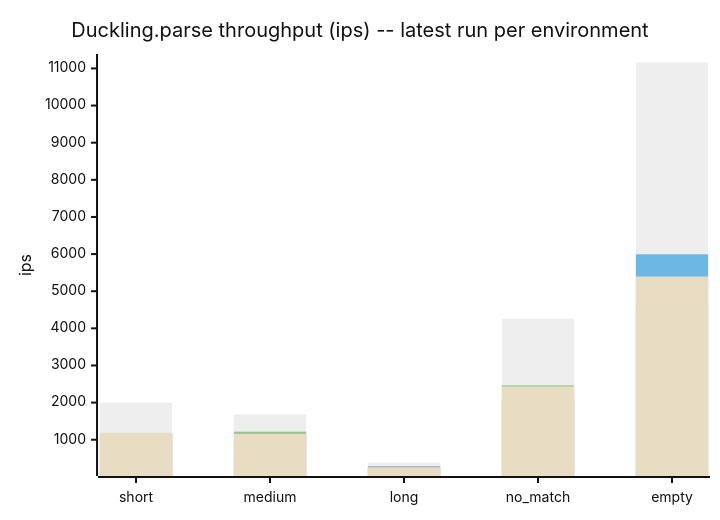
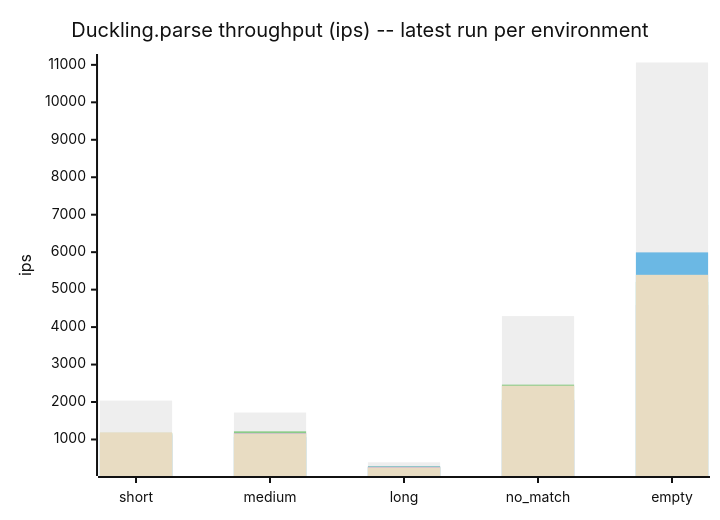
The sixth of 7 diagrams in docs/benchmarks/README.md (cpb/duckling), drawn with Mermaid (neutral theme) before and after one commit. The commit also changed other lines of this file and 1 other file, not shown here.

Commit message:
Record github-actions benchmark results for 0.4.6 (#150)

````diff
--- a/docs/benchmarks/README.md
+++ b/docs/benchmarks/README.md
@@ -211,11 +211,11 @@
 ```mermaid
 xychart-beta
     title "Duckling.parse throughput (ips) -- latest run per environment"
     x-axis [short, medium, long, no_match, empty]
     y-axis "ips"
-    bar "github-actions" [1999.4, 1679.5, 382.0, 4251.9, 11159.4]
+    bar "github-actions" [2037.9, 1718.9, 390.6, 4293.6, 11063.1]
     bar "claude-code-web" [1154.4, 1064.6, 284.8, 2058.0, 5994.3]
     bar "local-3.3" [1175.1, 1217.2, 273.9, 2464.0, 5206.5]
     bar "local-3.4" [1116.0, 1168.6, 267.9, 2056.4, 4592.3]
     bar "local-4.0" [1187.1, 1156.8, 252.0, 2435.1, 5395.4]
 ```
````
